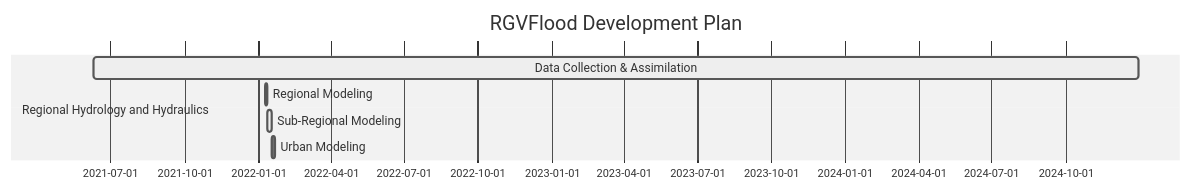
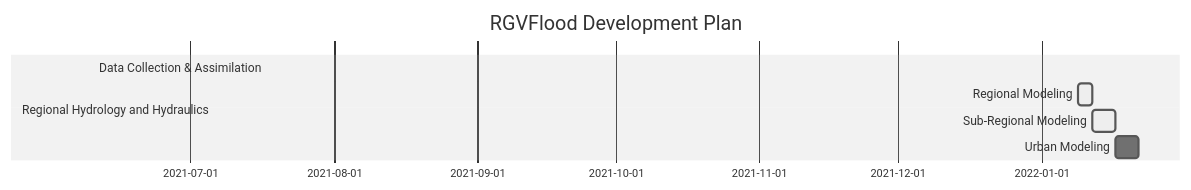
One commit to RATESResearch/GeoNode changed the diagram in src/development/index.rst. Above: the diagram before and after it, drawn with Mermaid (neutral theme).

```diff
--- a/src/development/index.rst
+++ b/src/development/index.rst
@@ -4,12 +4,12 @@
 .. mermaid:: 
 
     gantt
-    dateFormat  YYYY-MM-DD
+    dateFormat  YY-Q
     title RGVFlood Development Plan
     excludes weekdays 2014-01-10
 
     section Regional Hydrology and Hydraulics
     Data Collection & Assimilation  :active, dca, 2021-06-10, 2024-12-31
     Regional Modeling               :active, des2, 2022-01-09, 3d
     Sub-Regional Modeling           :active,         des3, after des2, 5d
     Urban Modeling                  :         des4, after des3, 5d
```
